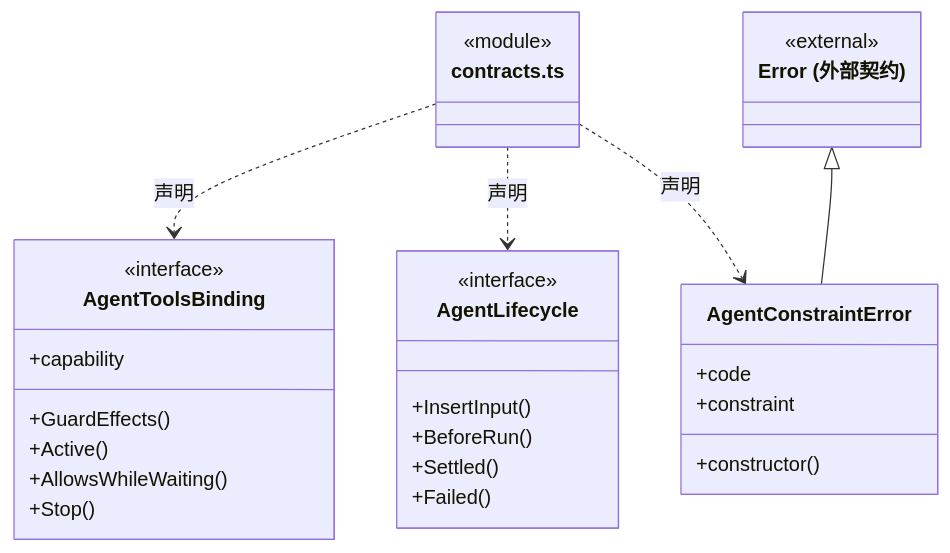
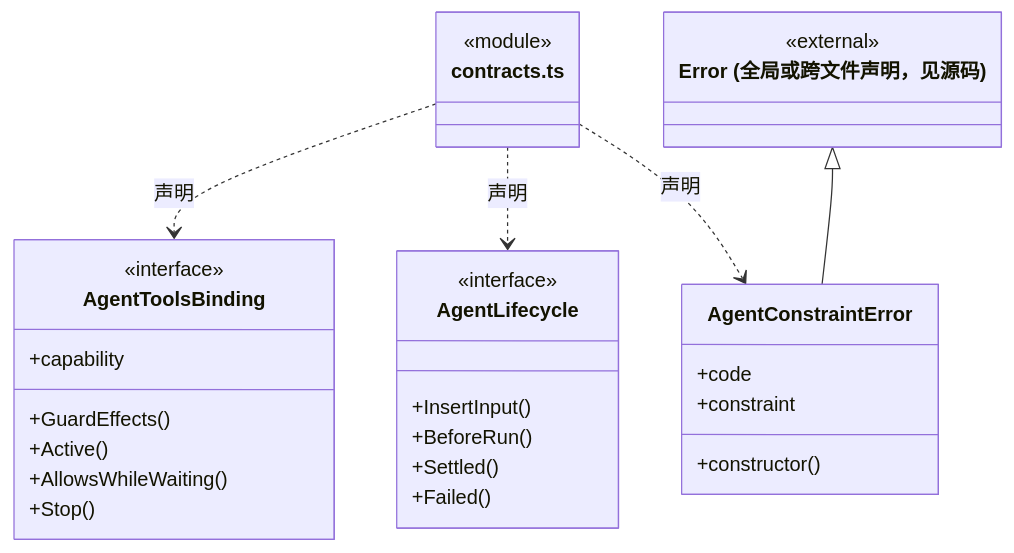
The fourth of 7 diagrams in src/logic/agents/ARCHITECTURE.md (nan023062/cbim), drawn with Mermaid before and after one commit. The commit also changed other lines of this file and 112 other files, not shown here.

Commit message:
docs: align source architecture with current declarations and contracts

````diff
--- a/src/logic/agents/ARCHITECTURE.md
+++ b/src/logic/agents/ARCHITECTURE.md
@@ -196,33 +196,33 @@
 ```mermaid
 classDiagram
 class N_src_logic_agents_contracts_ts["contracts.ts"] {
   <<module>>
 }
 class N_src_logic_agents_contracts_ts_AgentToolsBinding["AgentToolsBinding"] {
   <<interface>>
   +GuardEffects()
   +capability
   +Active()
   +AllowsWhileWaiting()
   +Stop()
 }
 N_src_logic_agents_contracts_ts ..> N_src_logic_agents_contracts_ts_AgentToolsBinding : 声明
 class N_src_logic_agents_contracts_ts_AgentLifecycle["AgentLifecycle"] {
   <<interface>>
   +InsertInput()
   +BeforeRun()
   +Settled()
   +Failed()
 }
 N_src_logic_agents_contracts_ts ..> N_src_logic_agents_contracts_ts_AgentLifecycle : 声明
 class N_src_logic_agents_contracts_ts_AgentConstraintError["AgentConstraintError"] {
   +code
   +constraint
   +constructor()
 }
 N_src_logic_agents_contracts_ts ..> N_src_logic_agents_contracts_ts_AgentConstraintError : 声明
-class N_src_logic_agents_contracts_ts_external_Error["Error (外部契约)"] {
+class N_src_logic_agents_contracts_ts_external_Error["Error (全局或跨文件声明，见源码)"] {
   <<external>>
 }
 N_src_logic_agents_contracts_ts_external_Error <|-- N_src_logic_agents_contracts_ts_AgentConstraintError
 ```
````
